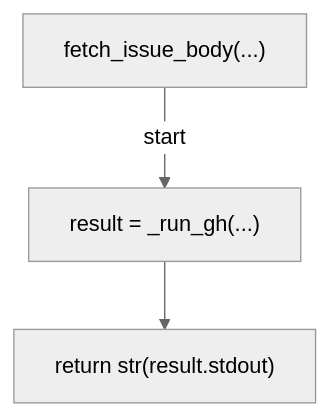
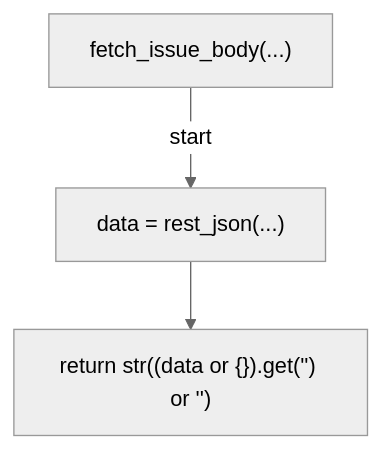
One commit to tvna/claude-md changed diagram 27 of 38 in docs/generated/scripts/ast/ruleset_drift.md. Above: the diagram before and after it, drawn with Mermaid (neutral theme). The commit also changed other lines of this file and 15 other files, not shown here.

First line of the commit message:
docs(generated): regenerate decision tree and workflow diagrams

````diff
--- a/docs/generated/scripts/ast/ruleset_drift.md
+++ b/docs/generated/scripts/ast/ruleset_drift.md
@@ -344,8 +344,8 @@
 ```mermaid
 flowchart TD
     N001["fetch_issue_body(...)"]
-    N002["result = _run_gh(...)"]
-    N003["return str(result.stdout)"]
+    N002["data = rest_json(...)"]
+    N003["return str((data or {}).get('<str>') or '<str>')"]
     N001 -->|"start"| N002
     N002 --> N003
 ```
````
